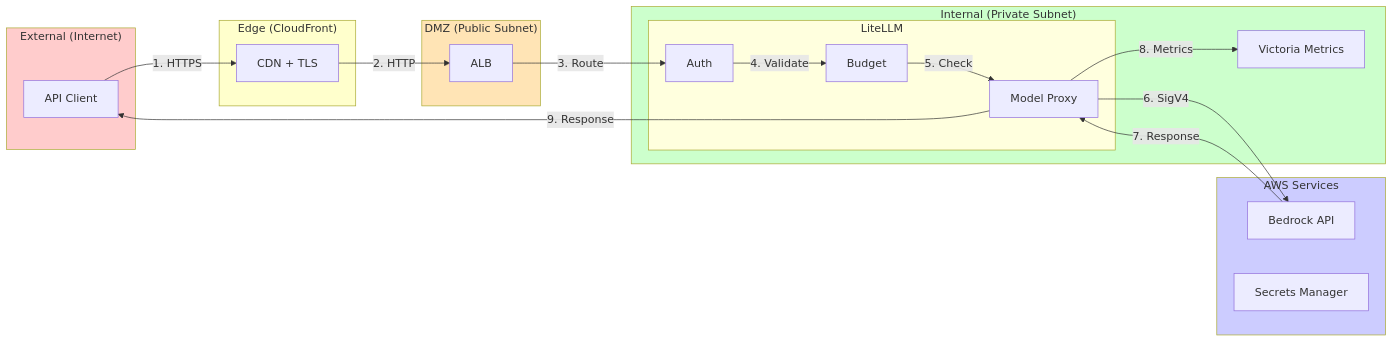
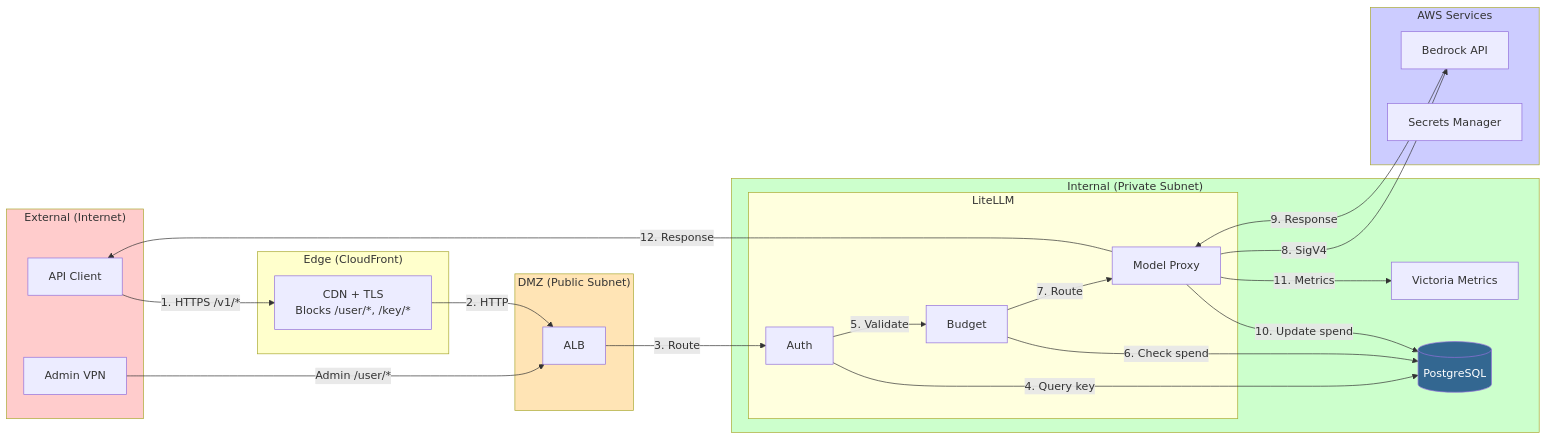
One commit to lorenzogirardi/gw_llm changed the sixth of 8 diagrams in docs/architecture/c4-architecture.md. Above: the diagram before and after it, drawn with Mermaid. The commit also changed other lines of this file and 17 other files, not shown here.

````diff
--- a/docs/architecture/c4-architecture.md
+++ b/docs/architecture/c4-architecture.md
@@ -194,44 +213,51 @@
 ```mermaid
 flowchart LR
     subgraph External["External (Internet)"]
         client[API Client]
+        admin[Admin VPN]
     end
 
     subgraph Edge["Edge (CloudFront)"]
-        cf[CDN + TLS]
+        cf[CDN + TLS<br/>Blocks /user/*, /key/*]
     end
 
     subgraph DMZ["DMZ (Public Subnet)"]
         alb[ALB]
     end
 
     subgraph Internal["Internal (Private Subnet)"]
         subgraph litellm["LiteLLM"]
             auth[Auth]
             budget[Budget]
             proxy[Model Proxy]
         end
         metrics[Victoria Metrics]
+        pg[(PostgreSQL)]
     end
 
     subgraph AWS["AWS Services"]
         bedrock[Bedrock API]
         sm[Secrets Manager]
     end
 
-    client -->|1. HTTPS| cf
+    client -->|1. HTTPS /v1/*| cf
+    admin -->|Admin /user/*| alb
     cf -->|2. HTTP| alb
     alb -->|3. Route| auth
-    auth -->|4. Validate| budget
-    budget -->|5. Check| proxy
-    proxy -->|6. SigV4| bedrock
-    bedrock -->|7. Response| proxy
-    proxy -->|8. Metrics| metrics
-    proxy -->|9. Response| client
+    auth -->|4. Query key| pg
+    auth -->|5. Validate| budget
+    budget -->|6. Check spend| pg
+    budget -->|7. Route| proxy
+    proxy -->|8. SigV4| bedrock
+    bedrock -->|9. Response| proxy
+    proxy -->|10. Update spend| pg
+    proxy -->|11. Metrics| metrics
+    proxy -->|12. Response| client
 
     style External fill:#ffcccc
     style Edge fill:#ffffcc
     style DMZ fill:#ffe4b5
     style Internal fill:#ccffcc
     style AWS fill:#ccccff
+    style pg fill:#336791,color:#fff
 ```
````
